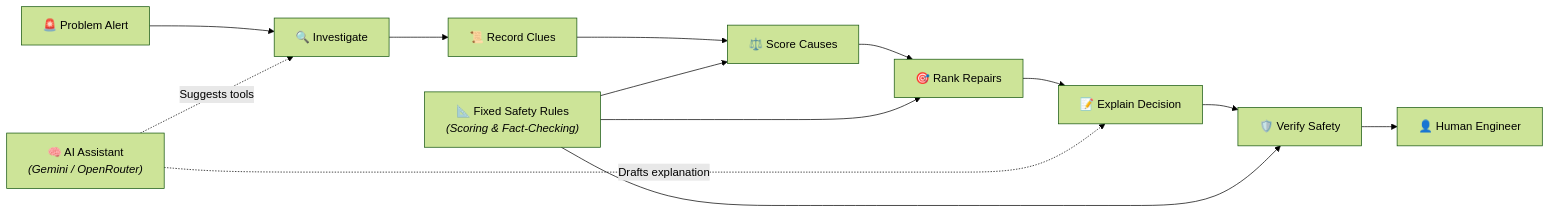
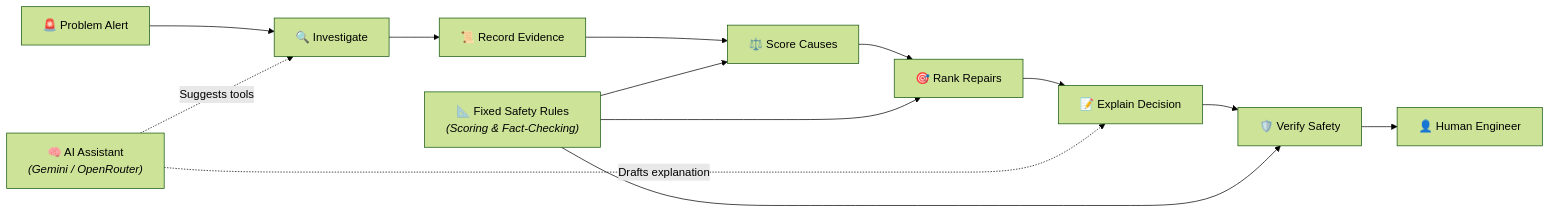
Before and after one commit to AnasBabari/LEC_AI: the third of 3 diagrams in README.md, drawn with Mermaid (forest theme). The commit also changed other lines of this file and 5 other files, not shown here.

````diff
--- a/README.md
+++ b/README.md
@@ -186,22 +170,22 @@
 ```mermaid
 flowchart LR
     Incident["🚨 Problem Alert"]
     Investigate["🔍 Investigate"]
-    Evidence["📜 Record Clues"]
+    Evidence["📜 Record Evidence"]
     Causes["⚖️ Score Causes"]
     Repairs["🎯 Rank Repairs"]
     Explain["📝 Explain Decision"]
     Validate["🛡️ Verify Safety"]
     Human["👤 Human Engineer"]
 
     AI["🧠 AI Assistant<br/><i>(Gemini / OpenRouter)</i>"]
     Rules["📐 Fixed Safety Rules<br/><i>(Scoring & Fact-Checking)</i>"]
 
     Incident --> Investigate --> Evidence --> Causes --> Repairs --> Explain --> Validate --> Human
 
     AI -.->|Suggests tools| Investigate
     AI -.->|Drafts explanation| Explain
     Rules --> Causes
     Rules --> Repairs
     Rules --> Validate
 ```
````
